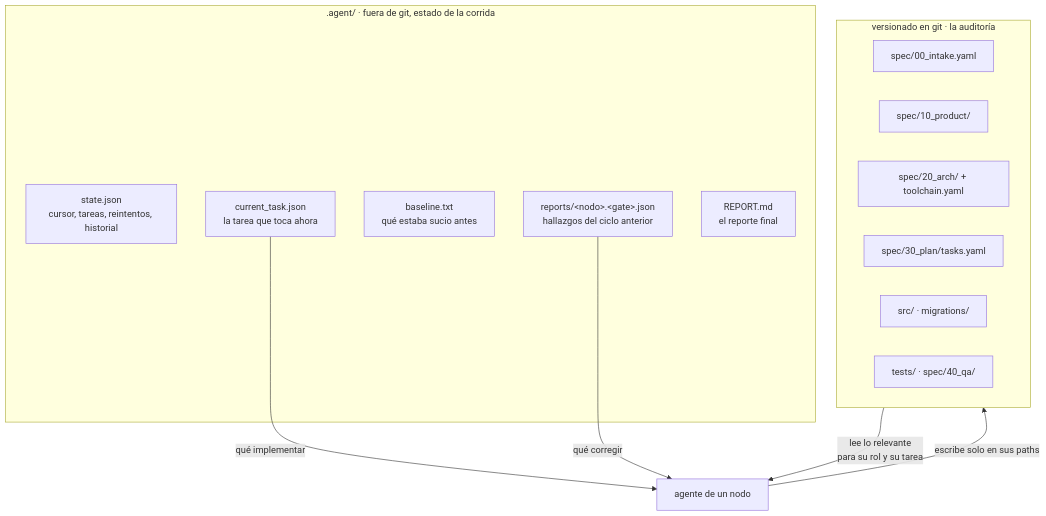
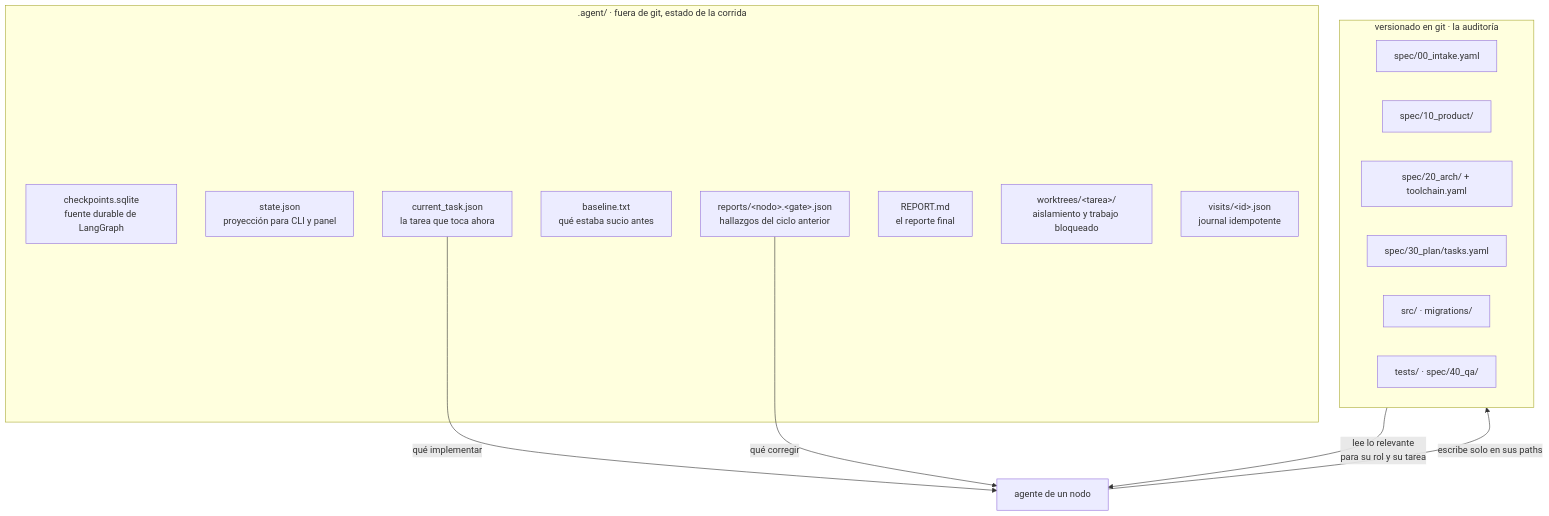
The sixth of 7 diagrams in FLUJO.md (mimarumo25/AutoScrum-IA), drawn with Mermaid before and after one commit. The commit also changed other lines of this file and 16 other files, not shown here.

````diff
--- a/FLUJO.md
+++ b/FLUJO.md
@@ -264,25 +265,28 @@
 ```mermaid
 flowchart TD
     subgraph VERSIONADO ["versionado en git · la auditoría"]
         v1["spec/00_intake.yaml"]
         v2["spec/10_product/"]
         v3["spec/20_arch/ + toolchain.yaml"]
         v4["spec/30_plan/tasks.yaml"]
         v5["src/ · migrations/"]
         v6["tests/ · spec/40_qa/"]
     end
 
     subgraph EFIMERO [".agent/ · fuera de git, estado de la corrida"]
-        e1["state.json<br/>cursor, tareas, reintentos, historial"]
+        e0["checkpoints.sqlite<br/>fuente durable de LangGraph"]
+        e1["state.json<br/>proyección para CLI y panel"]
         e2["current_task.json<br/>la tarea que toca ahora"]
         e3["baseline.txt<br/>qué estaba sucio antes"]
         e4["reports/&lt;nodo&gt;.&lt;gate&gt;.json<br/>hallazgos del ciclo anterior"]
         e5["REPORT.md<br/>el reporte final"]
+        e6["worktrees/&lt;tarea&gt;/<br/>aislamiento y trabajo bloqueado"]
+        e7["visits/&lt;id&gt;.json<br/>journal idempotente"]
     end
 
     AG["agente de un nodo"]
     VERSIONADO -->|"lee lo relevante<br/>para su rol y su tarea"| AG
     e2 -->|"qué implementar"| AG
     e4 -->|"qué corregir"| AG
     AG -->|"escribe solo en sus paths"| VERSIONADO
 ```
````
